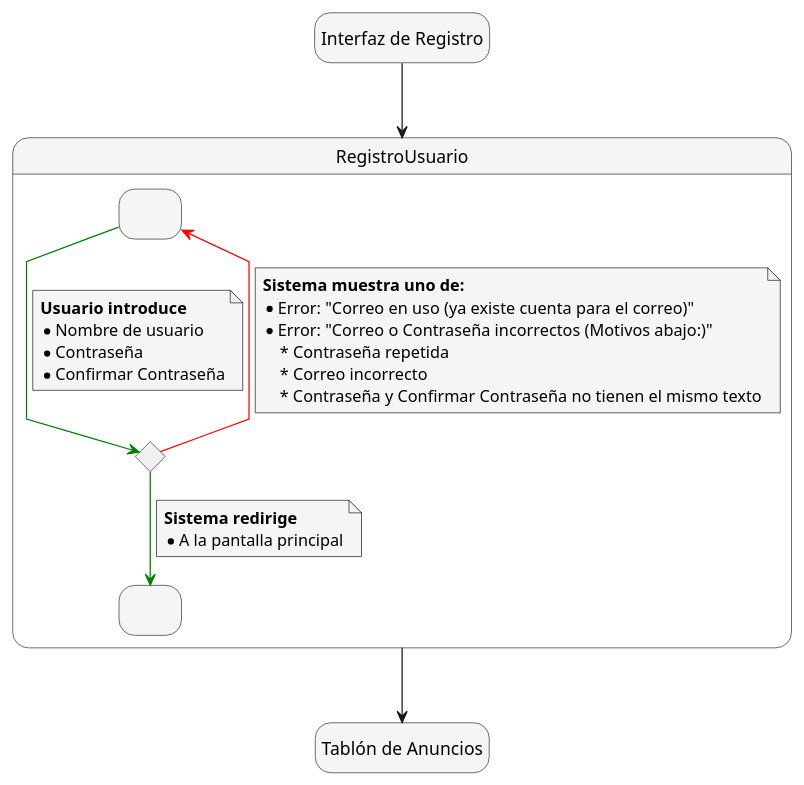
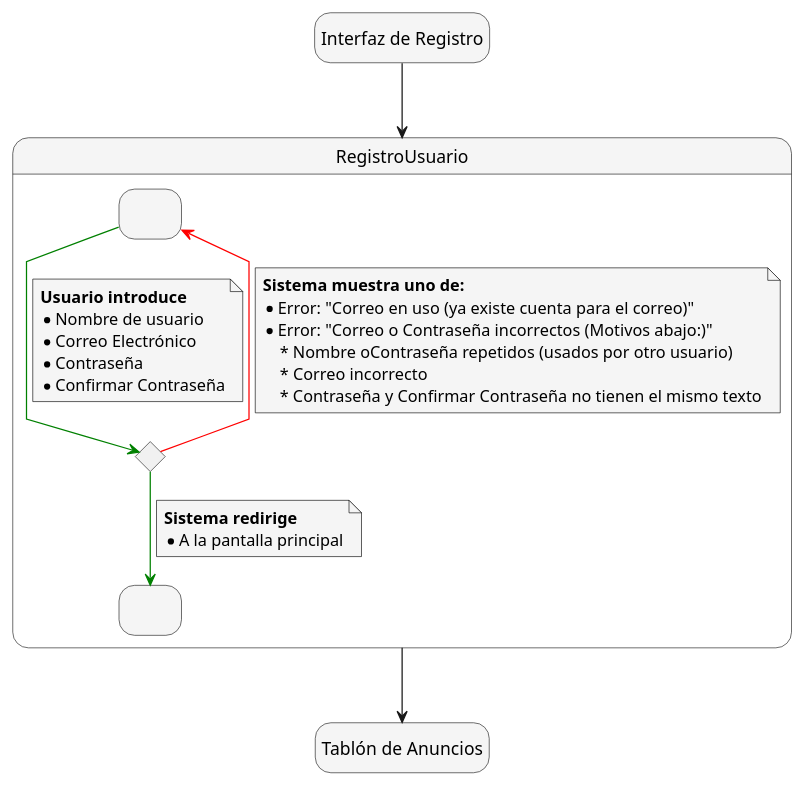
Before and after one commit to mmasias/24-25-IdSw1-SDR: the diagram in modelosUML - Codigo/Detallado de CdU/CdU_Registro.puml, drawn with PlantUML.

```diff
--- a/modelosUML - Codigo/Detallado de CdU/CdU_Registro.puml
+++ b/modelosUML - Codigo/Detallado de CdU/CdU_Registro.puml
@@ -1,52 +1,53 @@
 @startuml Registro_Usuario
 skinparam {
     NoteBackgroundColor #whiteSmoke
     NoteBorderColor #black
     linetype polyline
 }
 
 skinparam state {
     BackgroundColor #whiteSmoke
 }
 
 hide empty description
 
 state startState as "Interfaz de Registro"
 state endState as "Tablón de Anuncios"
 
 
 startState --> RegistroUsuario
 
 state RegistroUsuario {
     state IngresoCredenciales as " "
     state ValidarCredenciales <<choice>>
     state InicioSesionCorrecto as " "
 
     IngresoCredenciales -[#green]-> ValidarCredenciales
     note on link
         <b>Usuario introduce</b>
         * Nombre de usuario
+        * Correo Electrónico
         * Contraseña
         * Confirmar Contraseña
     end note
 
     ValidarCredenciales -[#red]-> IngresoCredenciales
     note on link
         <b>Sistema muestra uno de:</b>
         * Error: "Correo en uso (ya existe cuenta para el correo)"
         * Error: "Correo o Contraseña incorrectos (Motivos abajo:)"
-            * Contraseña repetida
+            * Nombre oContraseña repetidos (usados por otro usuario)
             * Correo incorrecto
             * Contraseña y Confirmar Contraseña no tienen el mismo texto
     end note
 
     ValidarCredenciales -[#green]-> InicioSesionCorrecto
     note on link
         <b>Sistema redirige</b>
         * A la pantalla principal
     end note
 }
 
 RegistroUsuario --> endState
 
 @enduml
```
